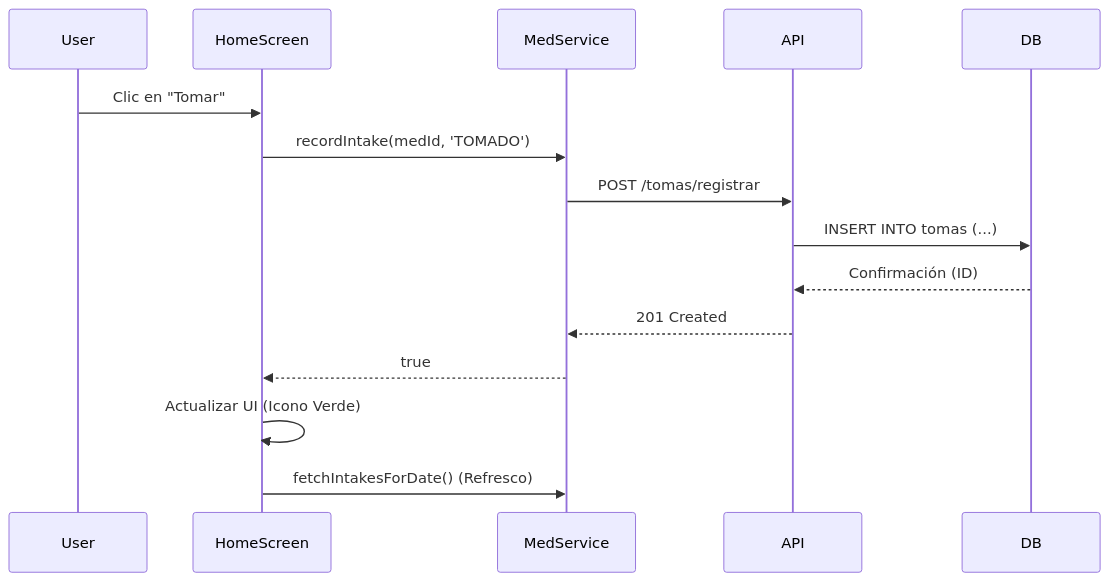
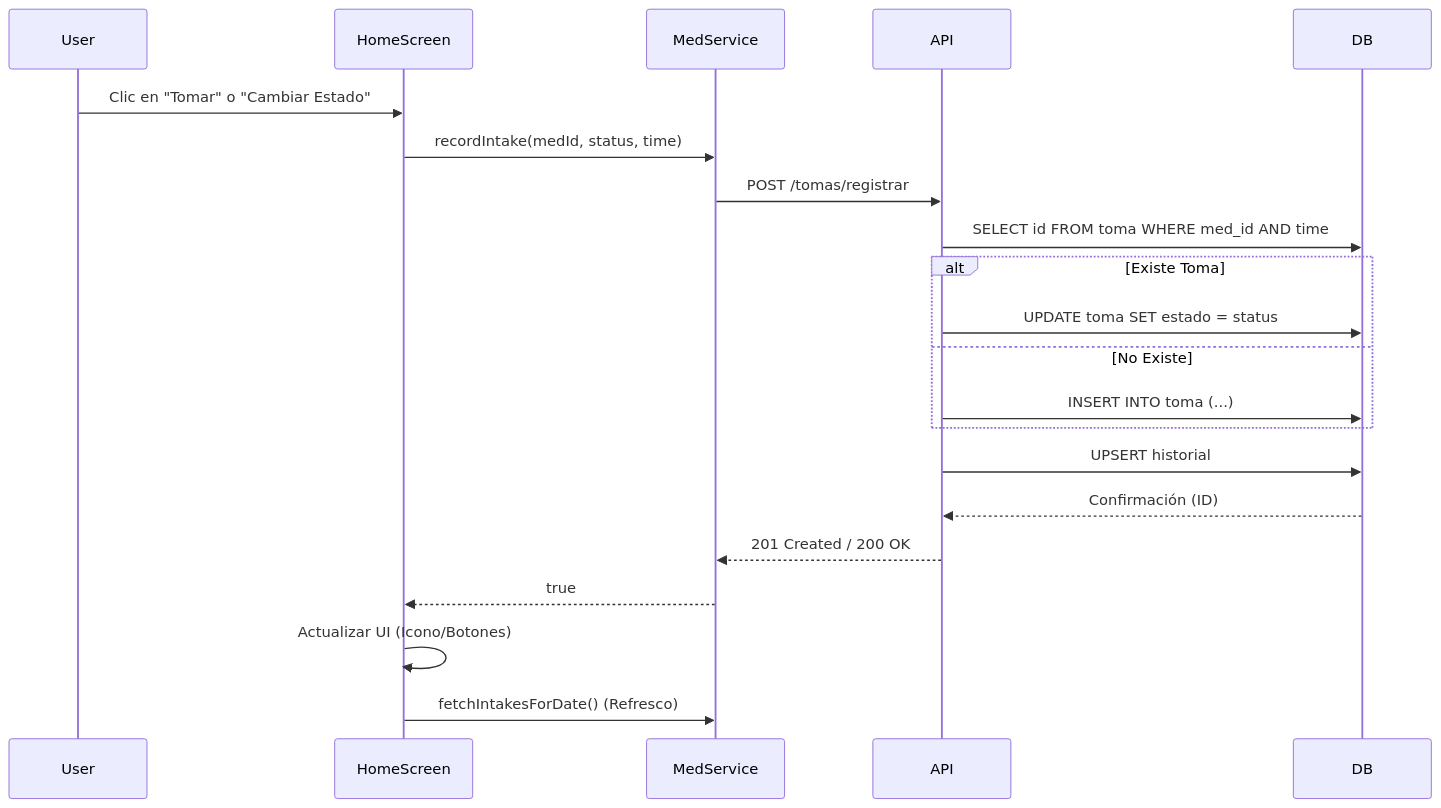
One commit to ISCOUTB/medtrack-service changed the fourth of 5 diagrams in docs/ARC42.md. Above: the diagram before and after it, drawn with Mermaid. The commit also changed other lines of this file and 8 other files, not shown here.

````diff
--- a/docs/ARC42.md
+++ b/docs/ARC42.md
@@ -132,18 +133,24 @@
 ```mermaid
 sequenceDiagram
     participant User
     participant HomeScreen
     participant MedService
     participant API
     participant DB
 
-    User->>HomeScreen: Clic en "Tomar"
-    HomeScreen->>MedService: recordIntake(medId, 'TOMADO')
+    User->>HomeScreen: Clic en "Tomar" o "Cambiar Estado"
+    HomeScreen->>MedService: recordIntake(medId, status, time)
     MedService->>API: POST /tomas/registrar
-    API->>DB: INSERT INTO tomas (...)
+    API->>DB: SELECT id FROM toma WHERE med_id AND time
+    alt Existe Toma
+        API->>DB: UPDATE toma SET estado = status
+    else No Existe
+        API->>DB: INSERT INTO toma (...)
+    end
+    API->>DB: UPSERT historial
     DB-->>API: Confirmación (ID)
-    API-->>MedService: 201 Created
+    API-->>MedService: 201 Created / 200 OK
     MedService-->>HomeScreen: true
-    HomeScreen->>HomeScreen: Actualizar UI (Icono Verde)
+    HomeScreen->>HomeScreen: Actualizar UI (Icono/Botones)
     HomeScreen->>MedService: fetchIntakesForDate() (Refresco)
 ```
````
